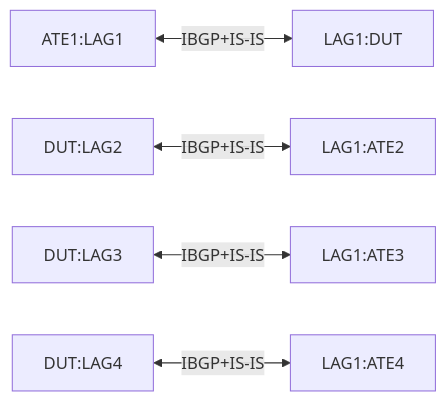
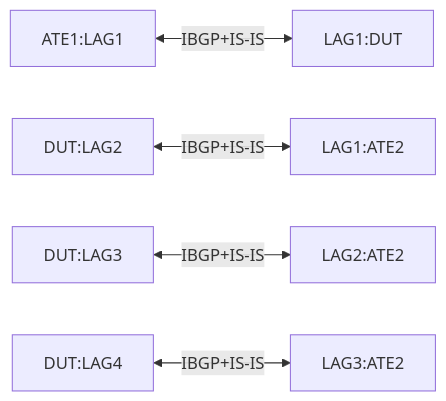
One commit to openconfig/featureprofiles changed the diagram in feature/isis/Weighted-ECMP/README.md. Above: the diagram before and after it, drawn with Mermaid. The commit also changed other lines of this file, not shown here.

````diff
--- a/feature/isis/Weighted-ECMP/README.md
+++ b/feature/isis/Weighted-ECMP/README.md
@@ -19,7 +19,7 @@
 ```mermaid
 graph LR; 
 A[ATE1:LAG1] <-- IBGP+IS-IS --> B[LAG1:DUT];
 C[DUT:LAG2] <-- IBGP+IS-IS --> D[LAG1:ATE2];
-E[DUT:LAG3] <-- IBGP+IS-IS --> F[LAG1:ATE3];
-G[DUT:LAG4] <-- IBGP+IS-IS --> H[LAG1:ATE4];
+E[DUT:LAG3] <-- IBGP+IS-IS --> F[LAG2:ATE2];
+G[DUT:LAG4] <-- IBGP+IS-IS --> H[LAG3:ATE2];
 ```
````
